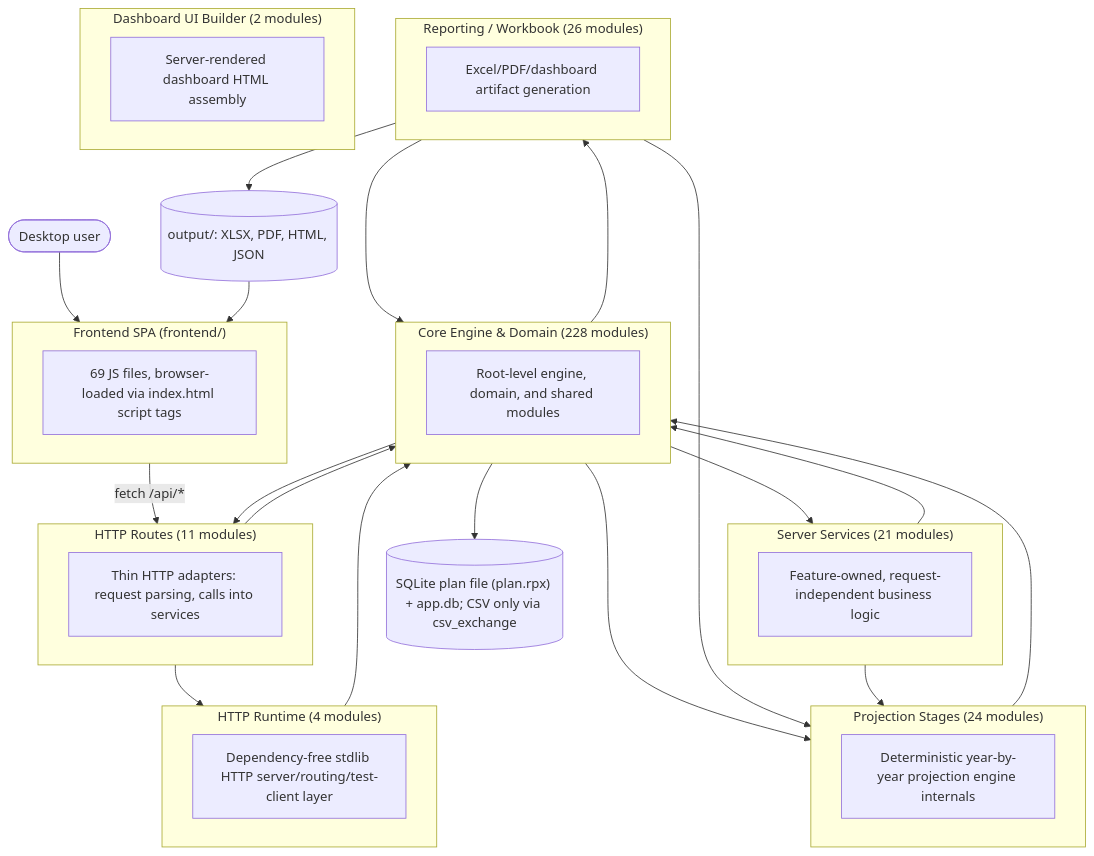
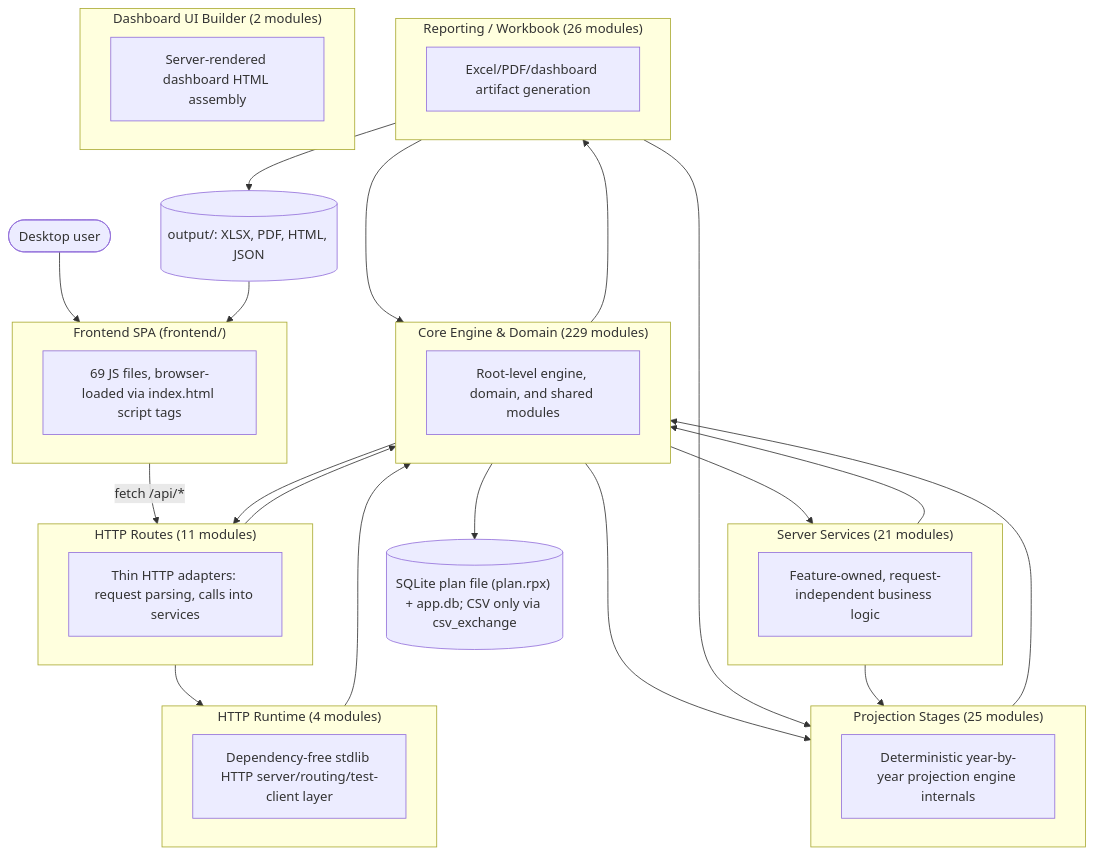
One commit to matthartzman/retirement_system changed the first of 2 diagrams in documentation/reference/SYSTEM_ARCHITECTURE_DIAGRAM.md. Above: the diagram before and after it, drawn with Mermaid. The commit also changed other lines of this file and 5 other files, not shown here.

````diff
--- a/documentation/reference/SYSTEM_ARCHITECTURE_DIAGRAM.md
+++ b/documentation/reference/SYSTEM_ARCHITECTURE_DIAGRAM.md
@@ -11,44 +11,44 @@
 ```mermaid
 flowchart TB
     User(["Desktop user"]) --> FE
     subgraph FE["Frontend SPA (frontend/)"]
         FEcount["69 JS files, browser-loaded via index.html script tags"]
     end
     FE -->|fetch /api/*| L_HTTP_Routes
     subgraph L_HTTP_Routes["HTTP Routes (11 modules)"]
         L_HTTP_Routes_d["Thin HTTP adapters: request parsing, calls into services"]
     end
     subgraph L_Server_Services["Server Services (21 modules)"]
         L_Server_Services_d["Feature-owned, request-independent business logic"]
     end
     subgraph L_HTTP_Runtime["HTTP Runtime (4 modules)"]
         L_HTTP_Runtime_d["Dependency-free stdlib HTTP server/routing/test-client layer"]
     end
-    subgraph L_Core_Engine___Domain["Core Engine & Domain (228 modules)"]
+    subgraph L_Core_Engine___Domain["Core Engine & Domain (229 modules)"]
         L_Core_Engine___Domain_d["Root-level engine, domain, and shared modules"]
     end
-    subgraph L_Projection_Stages["Projection Stages (24 modules)"]
+    subgraph L_Projection_Stages["Projection Stages (25 modules)"]
         L_Projection_Stages_d["Deterministic year-by-year projection engine internals"]
     end
     subgraph L_Reporting___Workbook["Reporting / Workbook (26 modules)"]
         L_Reporting___Workbook_d["Excel/PDF/dashboard artifact generation"]
     end
     subgraph L_Dashboard_UI_Builder["Dashboard UI Builder (2 modules)"]
         L_Dashboard_UI_Builder_d["Server-rendered dashboard HTML assembly"]
     end
     L_Core_Engine___Domain --> L_HTTP_Routes
     L_Core_Engine___Domain --> L_Projection_Stages
     L_Core_Engine___Domain --> L_Reporting___Workbook
     L_Core_Engine___Domain --> L_Server_Services
     L_HTTP_Routes --> L_Core_Engine___Domain
     L_HTTP_Routes --> L_HTTP_Runtime
     L_HTTP_Runtime --> L_Core_Engine___Domain
     L_Projection_Stages --> L_Core_Engine___Domain
     L_Reporting___Workbook --> L_Core_Engine___Domain
     L_Reporting___Workbook --> L_Projection_Stages
     L_Server_Services --> L_Core_Engine___Domain
     L_Server_Services --> L_Projection_Stages
     L_Core_Engine___Domain --> DB[("SQLite plan file (plan.rpx) + app.db; CSV only via csv_exchange")]
     L_Reporting___Workbook --> Outputs[("output/: XLSX, PDF, HTML, JSON")]
     Outputs --> FE
 ```
````
